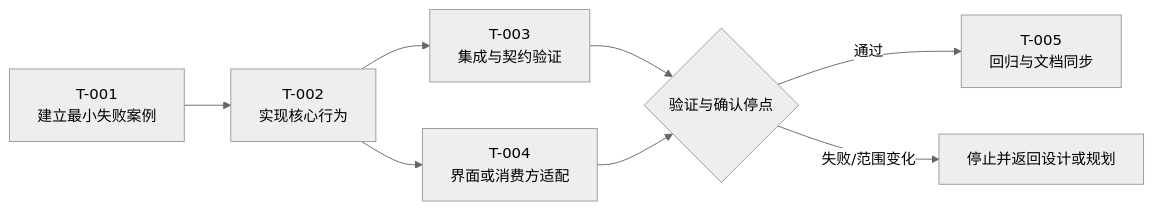
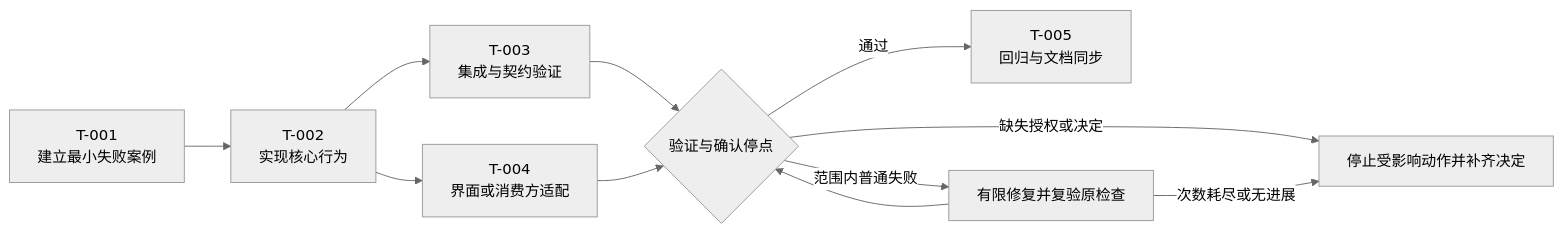
The diagram in outputs/company-codex-workflow-template-zh/specs/global/assets/tasks-template.md (haflen/codex-company-workflow-kit), drawn with Mermaid (neutral theme) before and after one commit. The commit also changed other lines of this file and 98 other files, not shown here.

````diff
--- a/outputs/company-codex-workflow-template-zh/specs/global/assets/tasks-template.md
+++ b/outputs/company-codex-workflow-template-zh/specs/global/assets/tasks-template.md
@@ -39,10 +39,13 @@
 ```mermaid
 flowchart LR
     T001["T-001<br/>建立最小失败案例"] --> T002["T-002<br/>实现核心行为"]
     T002 --> T003["T-003<br/>集成与契约验证"]
     T002 --> T004["T-004<br/>界面或消费方适配"]
     T003 --> GATE{"验证与确认停点"}
     T004 --> GATE
     GATE -->|通过| T005["T-005<br/>回归与文档同步"]
-    GATE -->|失败/范围变化| STOP["停止并返回设计或规划"]
+    GATE -->|范围内普通失败| REPAIR["有限修复并复验原检查"]
+    REPAIR --> GATE
+    GATE -->|缺失授权或决定| STOP["停止受影响动作并补齐决定"]
+    REPAIR -->|次数耗尽或无进展| STOP
 ```
````
